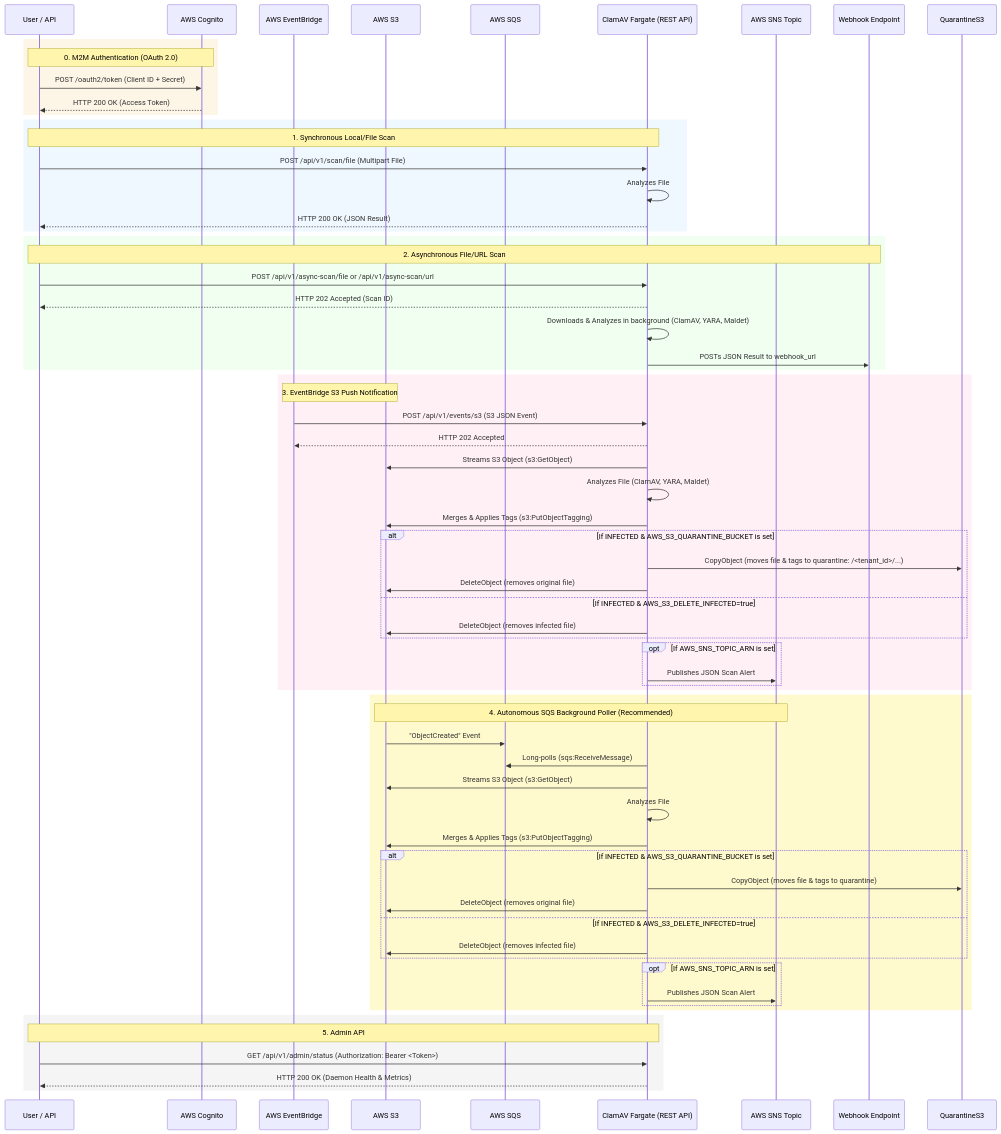
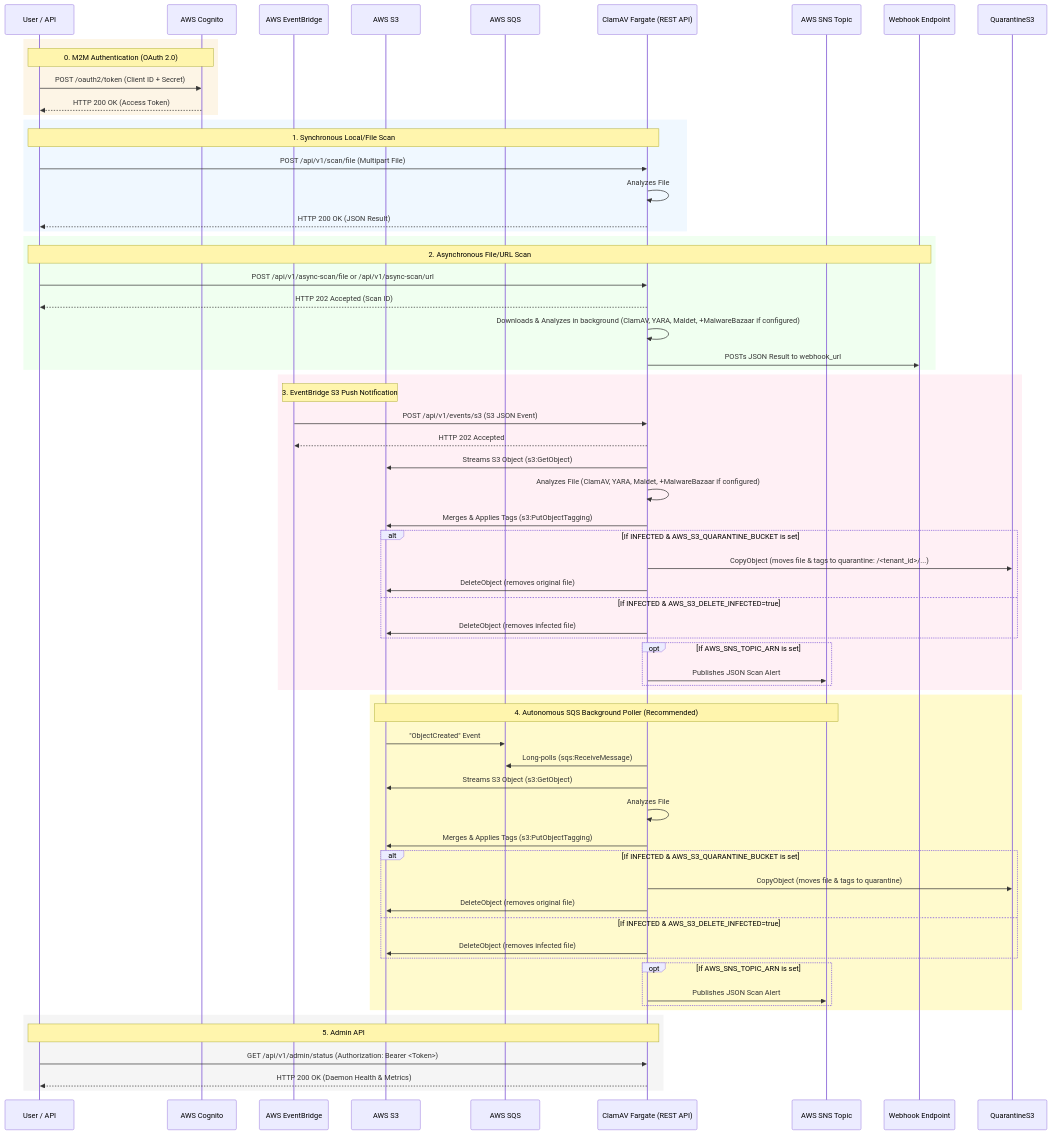
Before and after one commit to amithalder21/clamav-restapi: the diagram in README.md, drawn with Mermaid. The commit also changed other lines of this file and 2 other files, not shown here.

````diff
--- a/README.md
+++ b/README.md
@@ -51,80 +51,80 @@
 ```mermaid
 sequenceDiagram
     participant Client as User / API
     participant Cognito as AWS Cognito
     participant EventBridge as AWS EventBridge
     participant S3 as AWS S3
     participant SQS as AWS SQS
     participant ClamAV as ClamAV Fargate (REST API)
     participant SNS as AWS SNS Topic
     participant Webhook as Webhook Endpoint
 
     %% 0. M2M Authentication (Client Credentials Grant)
     rect rgb(253, 245, 230)
         Note over Client, Cognito: 0. M2M Authentication (OAuth 2.0)
         Client->>Cognito: POST /oauth2/token (Client ID + Secret)
         Cognito-->>Client: HTTP 200 OK (Access Token)
     end
 
     %% 1. Synchronous Scan
     rect rgb(240, 248, 255)
         Note over Client, ClamAV: 1. Synchronous Local/File Scan
         Client->>ClamAV: POST /api/v1/scan/file (Multipart File)
         ClamAV->>ClamAV: Analyzes File
         ClamAV-->>Client: HTTP 200 OK (JSON Result)
     end
 
     %% 2. Asynchronous Scan
     rect rgb(240, 255, 240)
         Note over Client, Webhook: 2. Asynchronous File/URL Scan
         Client->>ClamAV: POST /api/v1/async-scan/file or /api/v1/async-scan/url
         ClamAV-->>Client: HTTP 202 Accepted (Scan ID)
-        ClamAV->>ClamAV: Downloads & Analyzes in background (ClamAV, YARA, Maldet)
+        ClamAV->>ClamAV: Downloads & Analyzes in background (ClamAV, YARA, Maldet, +MalwareBazaar if configured)
         ClamAV->>Webhook: POSTs JSON Result to webhook_url
     end
 
     %% 3. Event-Driven S3 Push (EventBridge)
     rect rgb(255, 240, 245)
         Note over EventBridge, S3: 3. EventBridge S3 Push Notification
         EventBridge->>ClamAV: POST /api/v1/events/s3 (S3 JSON Event)
         ClamAV-->>EventBridge: HTTP 202 Accepted
         ClamAV->>S3: Streams S3 Object (s3:GetObject)
-        ClamAV->>ClamAV: Analyzes File (ClamAV, YARA, Maldet)
+        ClamAV->>ClamAV: Analyzes File (ClamAV, YARA, Maldet, +MalwareBazaar if configured)
         ClamAV->>S3: Merges & Applies Tags (s3:PutObjectTagging)
         alt If INFECTED & AWS_S3_QUARANTINE_BUCKET is set
             ClamAV->>QuarantineS3: CopyObject (moves file & tags to quarantine: /<tenant_id>/...)
             ClamAV->>S3: DeleteObject (removes original file)
         else If INFECTED & AWS_S3_DELETE_INFECTED=true
             ClamAV->>S3: DeleteObject (removes infected file)
         end
         opt If AWS_SNS_TOPIC_ARN is set
             ClamAV->>SNS: Publishes JSON Scan Alert
         end
     end
 
     %% 4. Event-Driven SQS Pull (Autonomous)
     rect rgb(255, 250, 205)
         Note over S3, SNS: 4. Autonomous SQS Background Poller (Recommended)
         S3->>SQS: "ObjectCreated" Event
         ClamAV->>SQS: Long-polls (sqs:ReceiveMessage)
         ClamAV->>S3: Streams S3 Object (s3:GetObject)
         ClamAV->>ClamAV: Analyzes File
         ClamAV->>S3: Merges & Applies Tags (s3:PutObjectTagging)
         alt If INFECTED & AWS_S3_QUARANTINE_BUCKET is set
             ClamAV->>QuarantineS3: CopyObject (moves file & tags to quarantine)
             ClamAV->>S3: DeleteObject (removes original file)
         else If INFECTED & AWS_S3_DELETE_INFECTED=true
             ClamAV->>S3: DeleteObject (removes infected file)
         end
         opt If AWS_SNS_TOPIC_ARN is set
             ClamAV->>SNS: Publishes JSON Scan Alert
         end
     end
 
     %% 5. Admin API
     rect rgb(245, 245, 245)
         Note over Client, ClamAV: 5. Admin API
         Client->>ClamAV: GET /api/v1/admin/status (Authorization: Bearer <Token>)
         ClamAV-->>Client: HTTP 200 OK (Daemon Health & Metrics)
     end
 ```
````
